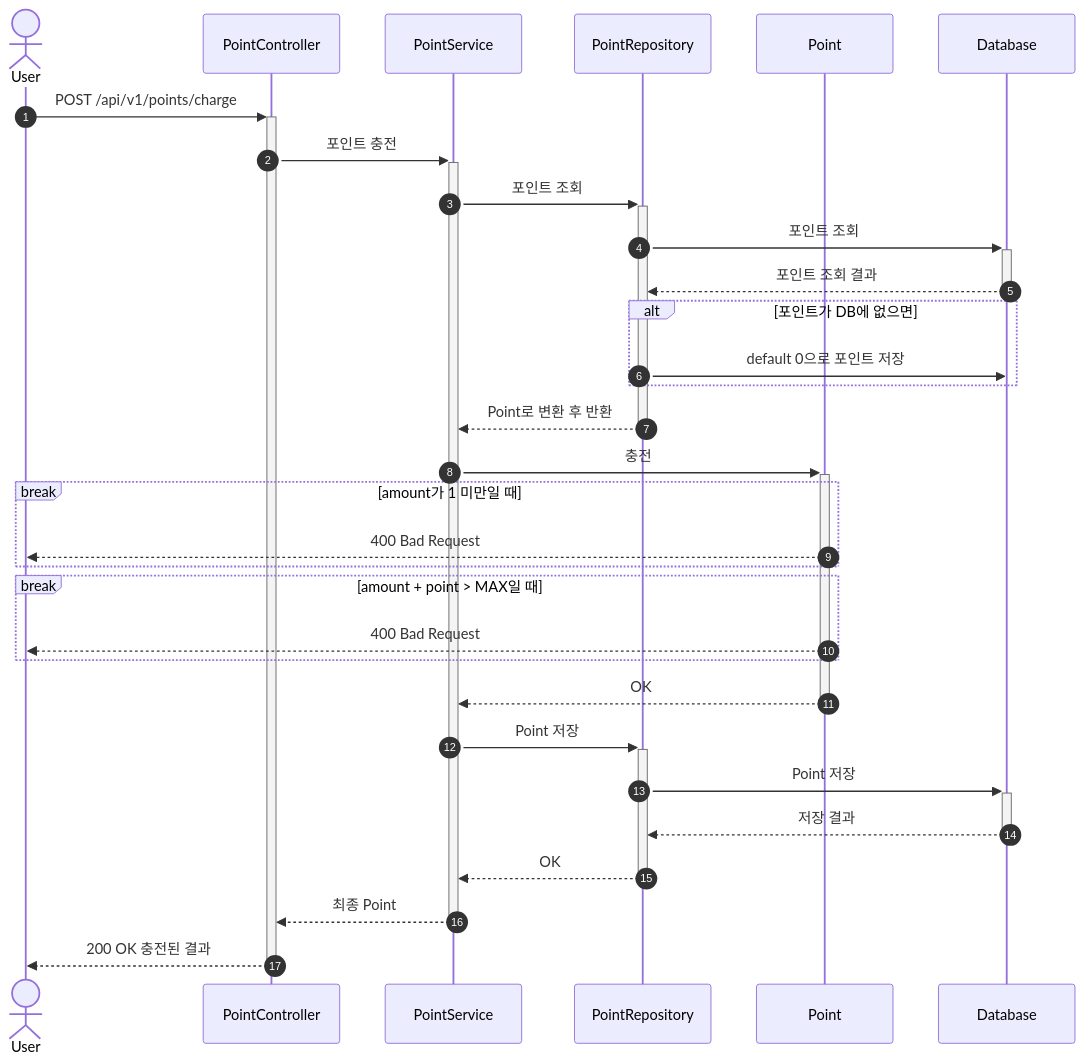
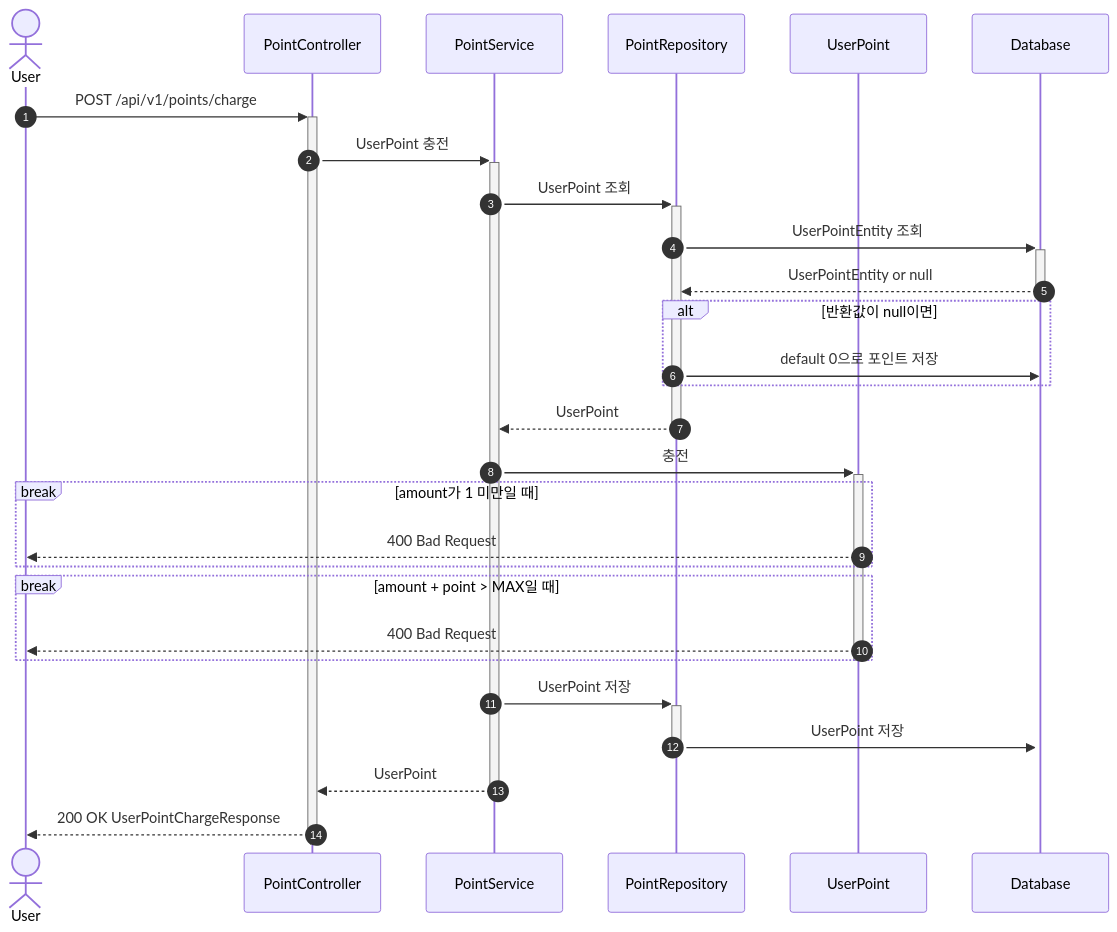
The first of 2 diagrams in docs/point/readme.md (jsween5723/commerce), drawn with Mermaid before and after one commit. The commit also changed other lines of this file, not shown here.

Commit message:
docs(sequence): point 시퀀스 다이어그램 수정

````diff
--- a/docs/point/readme.md
+++ b/docs/point/readme.md
@@ -3,33 +3,32 @@
 ```mermaid
 sequenceDiagram
     autonumber
     actor User
     participant PointController
     participant PointService
     participant PointRepository
-    participant Point
+    participant UserPoint
     participant Database
     User ->>+ PointController: POST /api/v1/points/charge
-    PointController ->>+ PointService: 포인트 충전
-    PointService ->>+ PointRepository: 포인트 조회
-    PointRepository ->>+ Database: 포인트 조회
-    Database -->>- PointRepository: 포인트 조회 결과
-    alt 포인트가 DB에 없으면
+    PointController ->>+ PointService: UserPoint 충전
+    PointService ->>+ PointRepository: UserPoint 조회
+    PointRepository ->>+ Database: UserPointEntity 조회
+    Database -->>- PointRepository: UserPointEntity or null
+    alt 반환값이 null이면
         PointRepository ->> Database: default 0으로 포인트 저장
     end
-    PointRepository -->>- PointService: Point로 변환 후 반환
-    PointService ->>+ Point: 충전
+    PointRepository -->>- PointService: UserPoint
+    PointService ->>+ UserPoint: 충전
     break amount가 1 미만일 때
-        Point -->> User: 400 Bad Request
+        UserPoint -->> User: 400 Bad Request
     end
     break amount + point > MAX일 때
-        Point -->> User: 400 Bad Request
+        UserPoint -->> User: 400 Bad Request
     end
-    Point -->>- PointService: OK
-    PointService ->>+ PointRepository: Point 저장
-    PointRepository ->>+ Database: Point 저장
-    Database -->>- PointRepository: 저장 결과
-    PointRepository -->>- PointService: OK
-    PointService -->>- PointController: 최종 Point
-    PointController -->>- User: 200 OK 충전된 결과
+    deactivate UserPoint
+    PointService ->>+ PointRepository: UserPoint 저장
+    PointRepository ->>+ Database: UserPoint 저장
+    deactivate PointRepository
+    PointService -->>- PointController: UserPoint
+    PointController -->>- User: 200 OK UserPointChargeResponse
 ```
````
